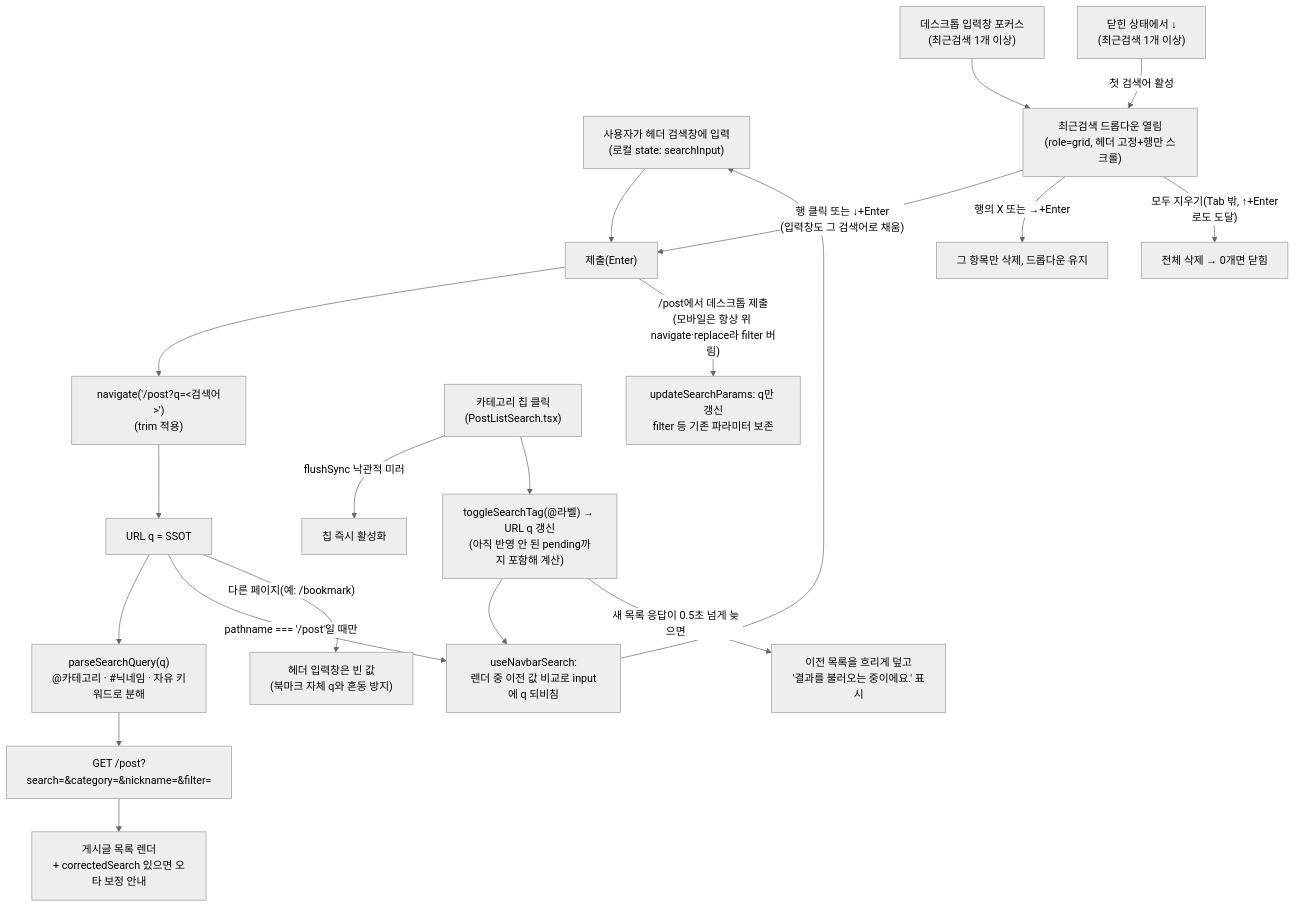
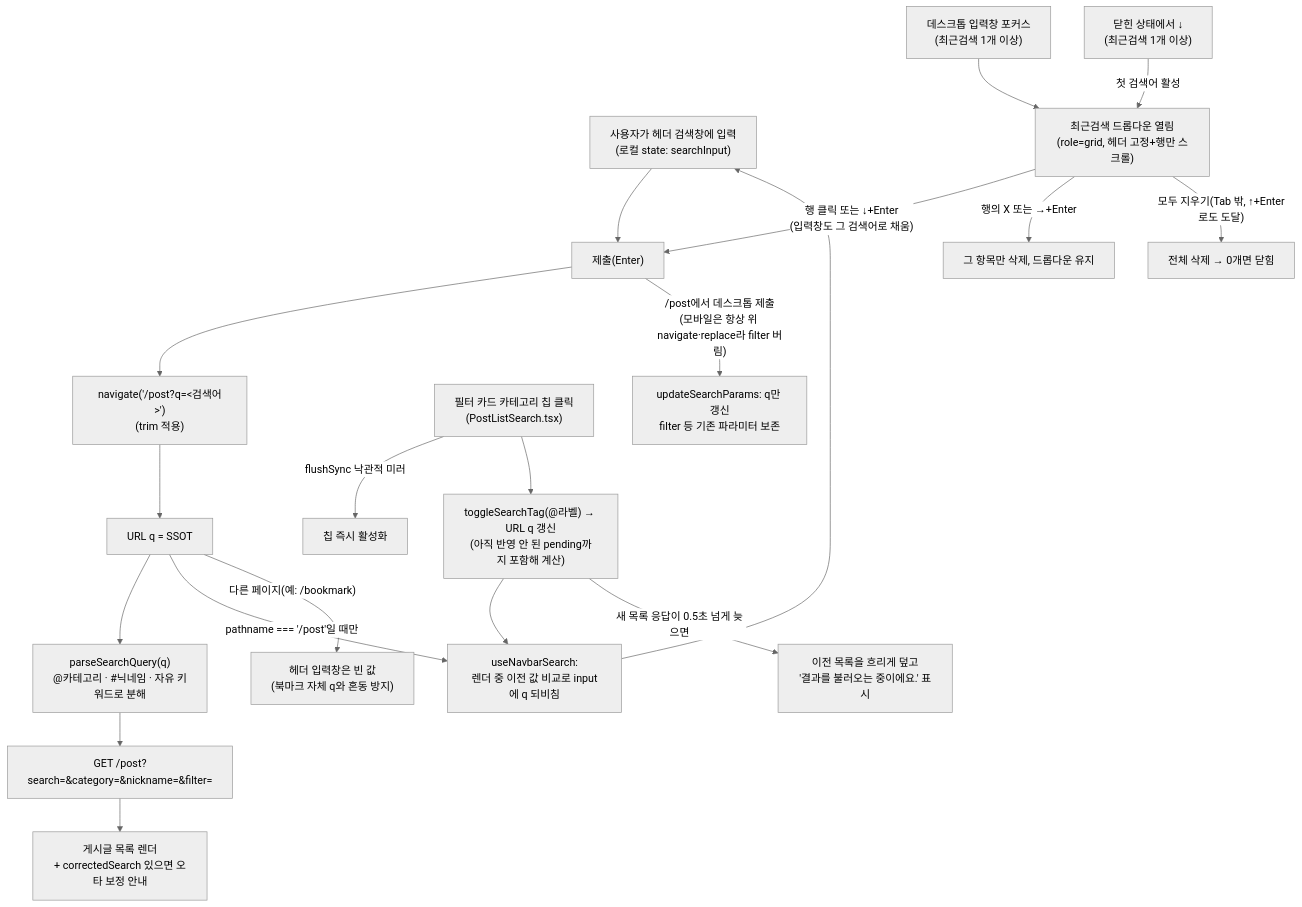
The first of 2 diagrams in docs/SEARCH.md (BAECHAN/link-sphere_FE_NEW), drawn with Mermaid (neutral theme) before and after one commit. The commit also changed other lines of this file and 14 other files, not shown here.

````diff
--- a/docs/SEARCH.md
+++ b/docs/SEARCH.md
@@ -28,26 +28,26 @@
 ```mermaid
 flowchart TD
   Type["사용자가 헤더 검색창에 입력<br/>(로컬 state: searchInput)"] --> Submit["제출(Enter)"]
   Submit --> Navigate["navigate('/post?q=&lt;검색어&gt;')<br/>(trim 적용)"]
   Navigate --> URL["URL q = SSOT"]
   URL --> Parse["parseSearchQuery(q)<br/>@카테고리 · #닉네임 · 자유 키워드로 분해"]
   Parse --> API["GET /post?search=&category=&nickname=&filter="]
   API --> Result["게시글 목록 렌더<br/>+ correctedSearch 있으면 오타 보정 안내"]
 
   URL -->|"pathname === '/post'일 때만"| Mirror["useNavbarSearch:<br/>렌더 중 이전 값 비교로 input에 q 되비침"]
   Mirror --> Type
 
   URL -->|"다른 페이지(예: /bookmark)"| Empty["헤더 입력창은 빈 값<br/>(북마크 자체 q와 혼동 방지)"]
 
-  ChipClick["카테고리 칩 클릭<br/>(PostListSearch.tsx)"] -->|"flushSync 낙관적 미러"| ChipUI["칩 즉시 활성화"]
+  ChipClick["필터 카드 카테고리 칩 클릭<br/>(PostListSearch.tsx)"] -->|"flushSync 낙관적 미러"| ChipUI["칩 즉시 활성화"]
   ChipClick --> Navigate2["toggleSearchTag(@라벨) → URL q 갱신<br/>(아직 반영 안 된 pending까지 포함해 계산)"]
   Navigate2 --> Mirror
   Navigate2 -->|"새 목록 응답이 0.5초 넘게 늦으면"| Applying["이전 목록을 흐리게 덮고<br/>'결과를 불러오는 중이에요.' 표시"]
 
   Focus["데스크톱 입력창 포커스<br/>(최근검색 1개 이상)"] --> Dropdown["최근검색 드롭다운 열림<br/>(role=grid, 헤더 고정+행만 스크롤)"]
   ArrowOpen["닫힌 상태에서 ↓<br/>(최근검색 1개 이상)"] -->|"첫 검색어 활성"| Dropdown
   Dropdown -->|"행 클릭 또는 ↓+Enter<br/>(입력창도 그 검색어로 채움)"| Submit
   Dropdown -->|"행의 X 또는 →+Enter"| RemoveOne["그 항목만 삭제, 드롭다운 유지"]
   Dropdown -->|"모두 지우기(Tab 밖, ↑+Enter로도 도달)"| ClearAll["전체 삭제 → 0개면 닫힘"]
   Submit -->|"/post에서 데스크톱 제출<br/>(모바일은 항상 위 navigate·replace라 filter 버림)"| Preserve["updateSearchParams: q만 갱신<br/>filter 등 기존 파라미터 보존"]
 ```
````
